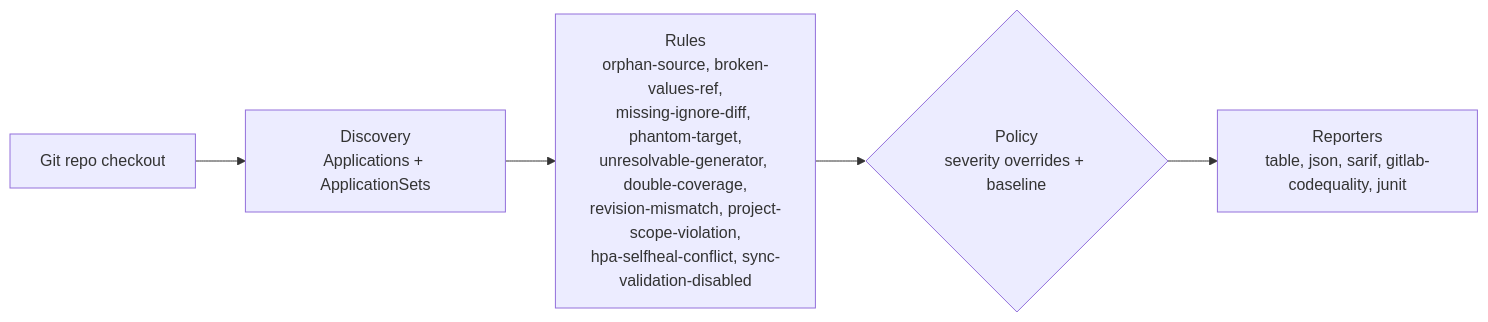
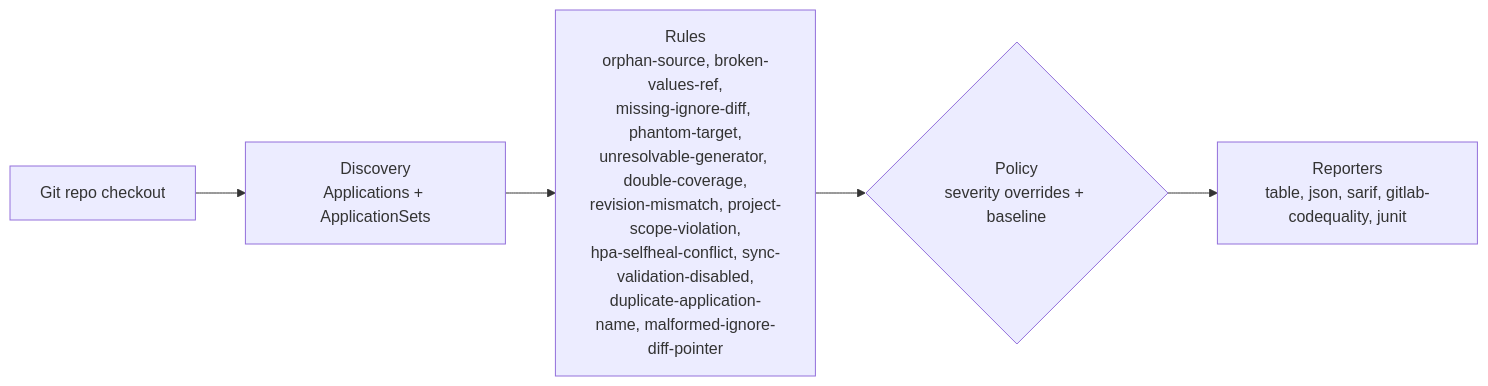
One commit to actions-marketplace-validations/gillesl-dev_argocd-source-lint changed the diagram in README.md. Above: the diagram before and after it, drawn with Mermaid. The commit also changed other lines of this file and 14 other files, not shown here.

First line of the commit message:
feat: detect duplicate Application names and malformed ignoreDifferences pointers

````diff
--- a/README.md
+++ b/README.md
@@ -71,7 +73,7 @@
 ```mermaid
 flowchart LR
     A["Git repo checkout"] --> B["Discovery<br/>Applications + ApplicationSets"]
-    B --> C["Rules<br/>orphan-source, broken-values-ref,<br/>missing-ignore-diff, phantom-target,<br/>unresolvable-generator, double-coverage,<br/>revision-mismatch, project-scope-violation,<br/>hpa-selfheal-conflict, sync-validation-disabled"]
+    B --> C["Rules<br/>orphan-source, broken-values-ref,<br/>missing-ignore-diff, phantom-target,<br/>unresolvable-generator, double-coverage,<br/>revision-mismatch, project-scope-violation,<br/>hpa-selfheal-conflict, sync-validation-disabled,<br/>duplicate-application-name, malformed-ignore-diff-pointer"]
     C --> D{"Policy<br/>severity overrides + baseline"}
     D --> E["Reporters<br/>table, json, sarif, gitlab-codequality, junit"]
 ```
````
